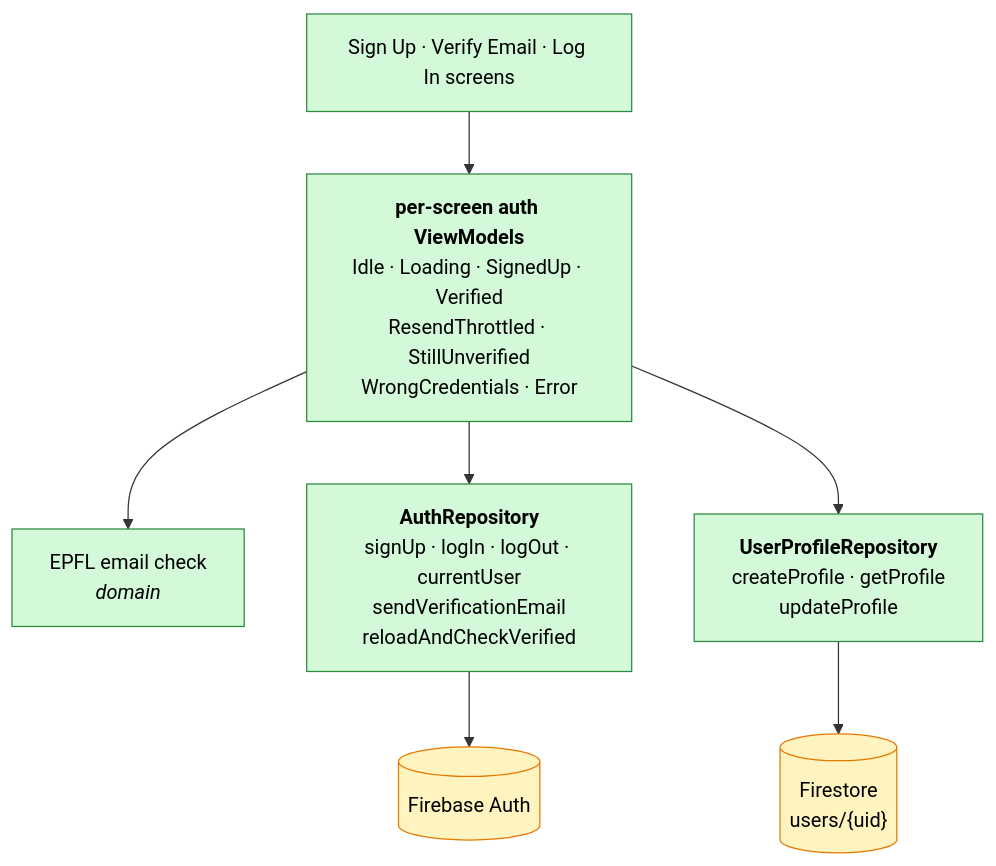
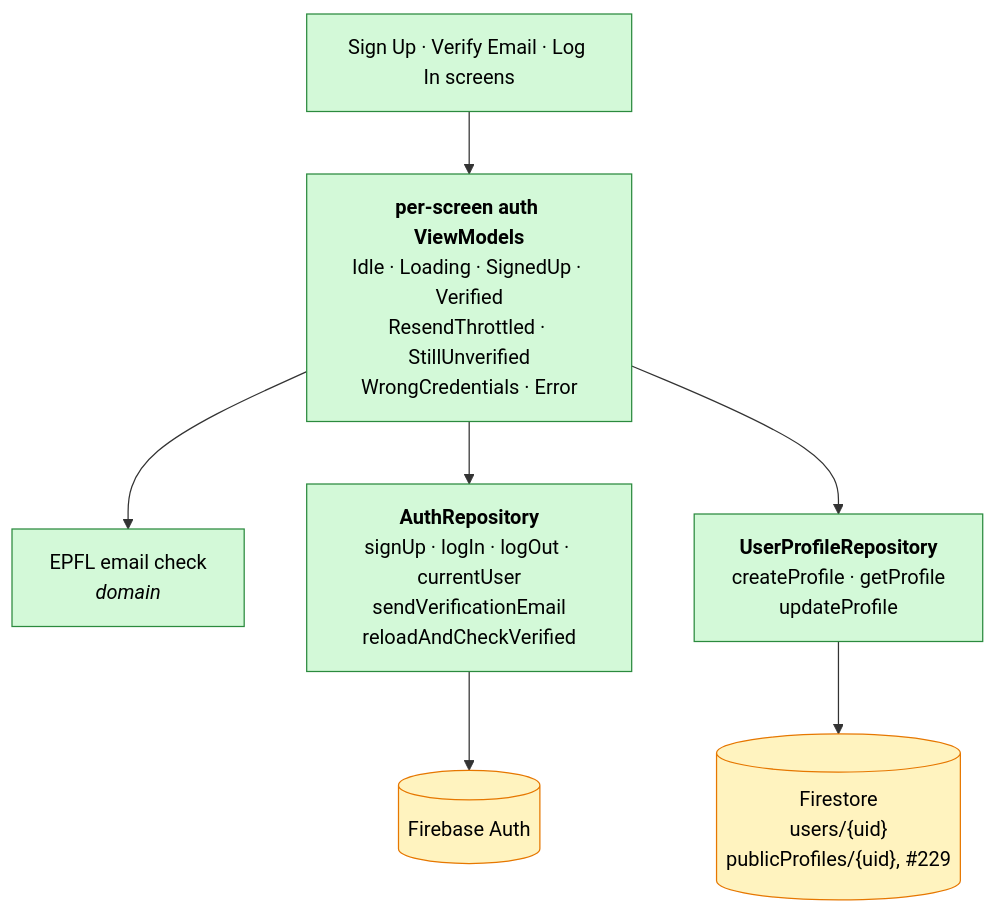
The third of 12 diagrams in docs/Architecture-Diagram.md (swent-polysocial/PolySocial), drawn with Mermaid before and after one commit. The commit also changed other lines of this file and 1 other file, not shown here.

First line of the commit message:
docs: record public profiles as built

````diff
--- a/docs/Architecture-Diagram.md
+++ b/docs/Architecture-Diagram.md
@@ -116,20 +117,20 @@
 ```mermaid
 flowchart TB
   classDef s1 fill:#d3f9d8,stroke:#2b8a3e,color:#000
   classDef ext fill:#fff3bf,stroke:#e67700,color:#000
 
   screens["Sign Up · Verify Email · Log In screens"]:::s1
   vm["<b>per-screen auth ViewModels</b><br/>Idle · Loading · SignedUp · Verified<br/>ResendThrottled · StillUnverified<br/>WrongCredentials · Error"]:::s1
   val["EPFL email check<br/><i>domain</i>"]:::s1
   auth["<b>AuthRepository</b><br/>signUp · logIn · logOut · currentUser<br/>sendVerificationEmail<br/>reloadAndCheckVerified"]:::s1
   prof["<b>UserProfileRepository</b><br/>createProfile · getProfile<br/>updateProfile"]:::s1
   fa[("Firebase Auth")]:::ext
-  fs[("Firestore<br/>users/{uid}")]:::ext
+  fs[("Firestore<br/>users/{uid}<br/>publicProfiles/{uid}, #229")]:::ext
 
   screens --> vm
   vm --> val
   vm --> auth
   vm --> prof
   auth --> fa
   prof --> fs
 ```
````
